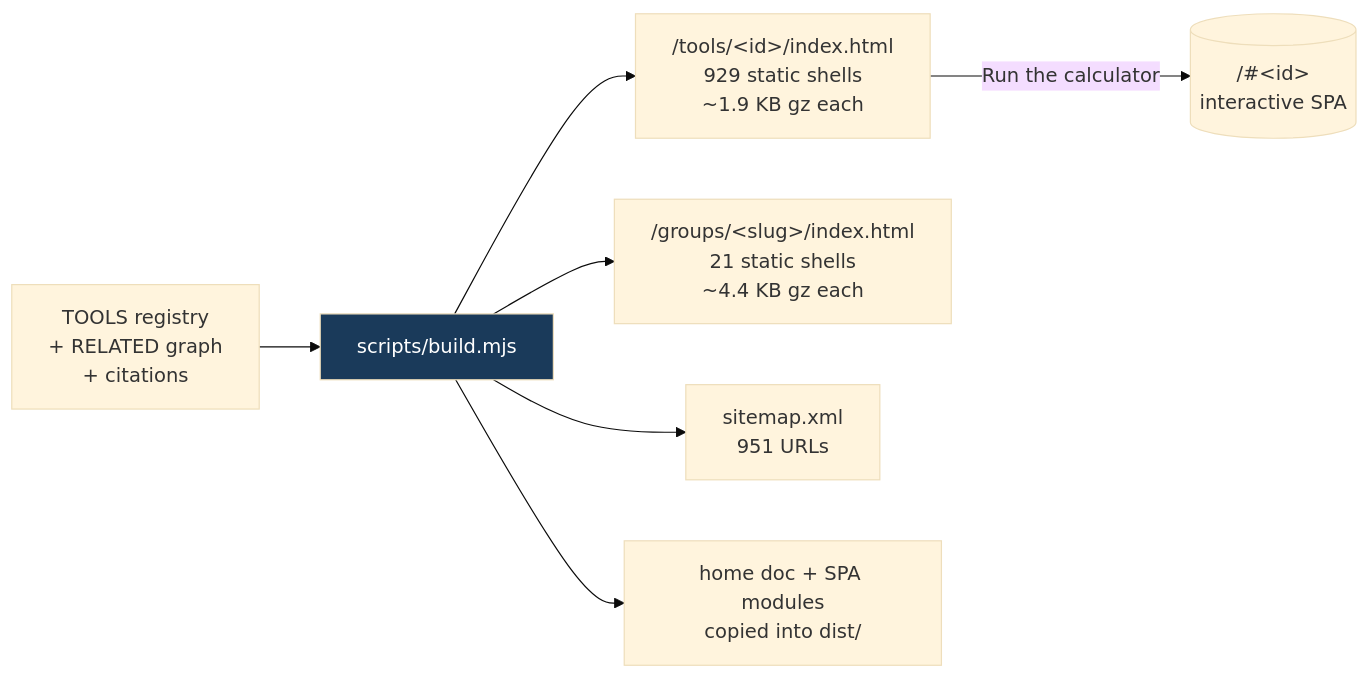
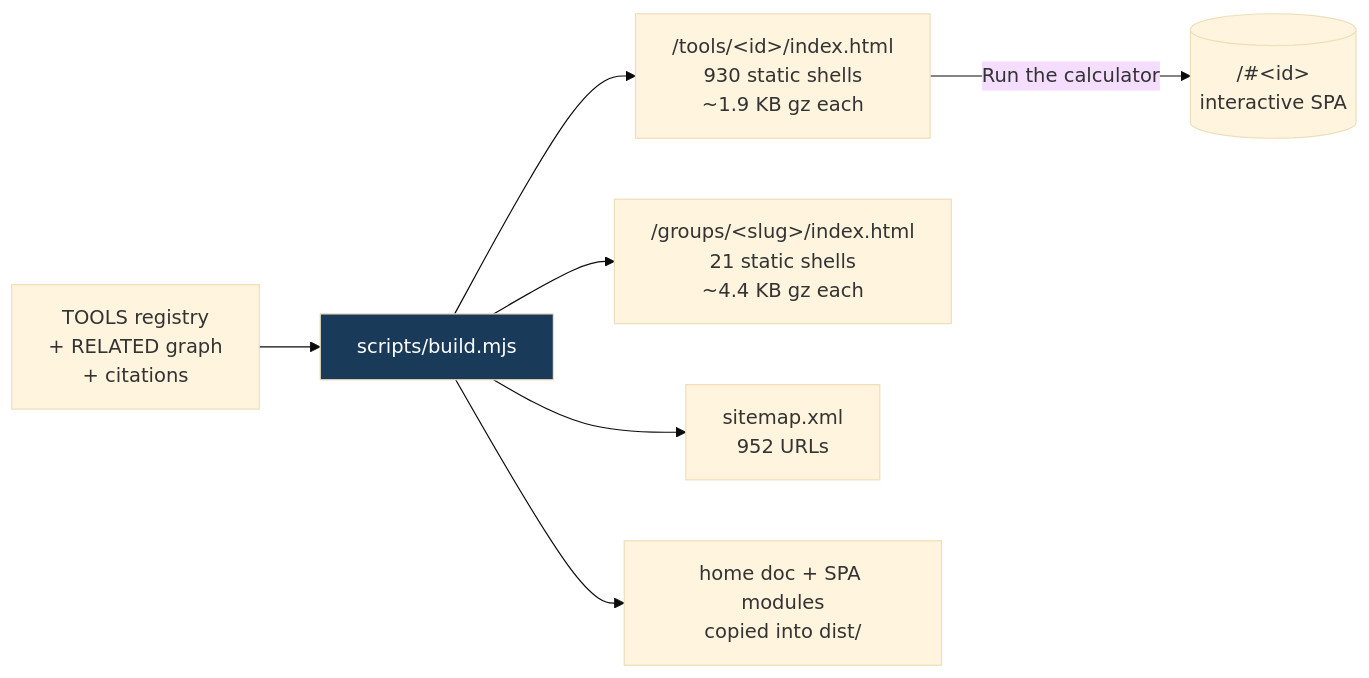
Before and after one commit to clay-good/roughlogic.com: the fifth of 8 diagrams in README.md, drawn with Mermaid (base theme). The commit also changed other lines of this file and 17 other files, not shown here.

````diff
--- a/README.md
+++ b/README.md
@@ -495,10 +495,10 @@
 ```mermaid
 flowchart LR
     SRC[TOOLS registry\n+ RELATED graph\n+ citations] --> BUILD[scripts/build.mjs]
-    BUILD --> TILE["/tools/&lt;id&gt;/index.html\n929 static shells\n~1.9 KB gz each"]
+    BUILD --> TILE["/tools/&lt;id&gt;/index.html\n930 static shells\n~1.9 KB gz each"]
     BUILD --> GROUP["/groups/&lt;slug&gt;/index.html\n21 static shells\n~4.4 KB gz each"]
-    BUILD --> MAP["sitemap.xml\n951 URLs"]
+    BUILD --> MAP["sitemap.xml\n952 URLs"]
     BUILD --> COPY[home doc + SPA modules\ncopied into dist/]
     TILE -->|Run the calculator| SPA[("/#&lt;id&gt;\ninteractive SPA")]
     style BUILD fill:#1a3a5a,color:#fff
 ```
````
